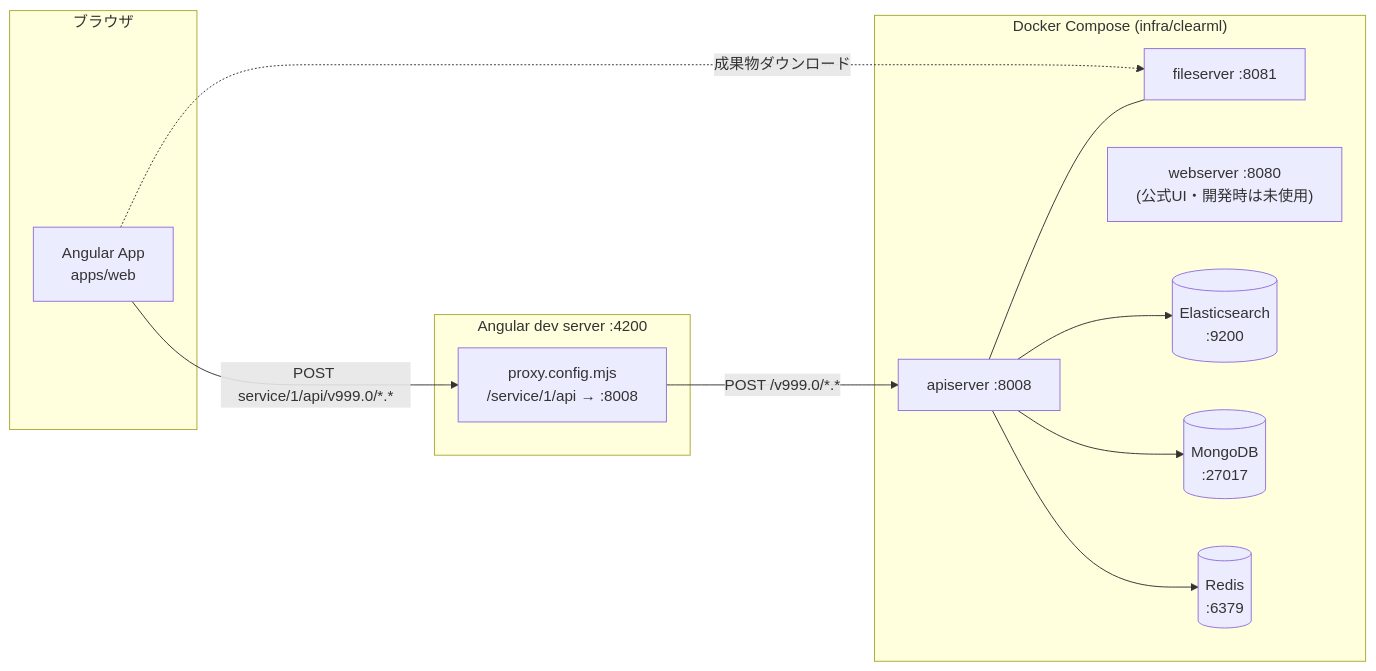
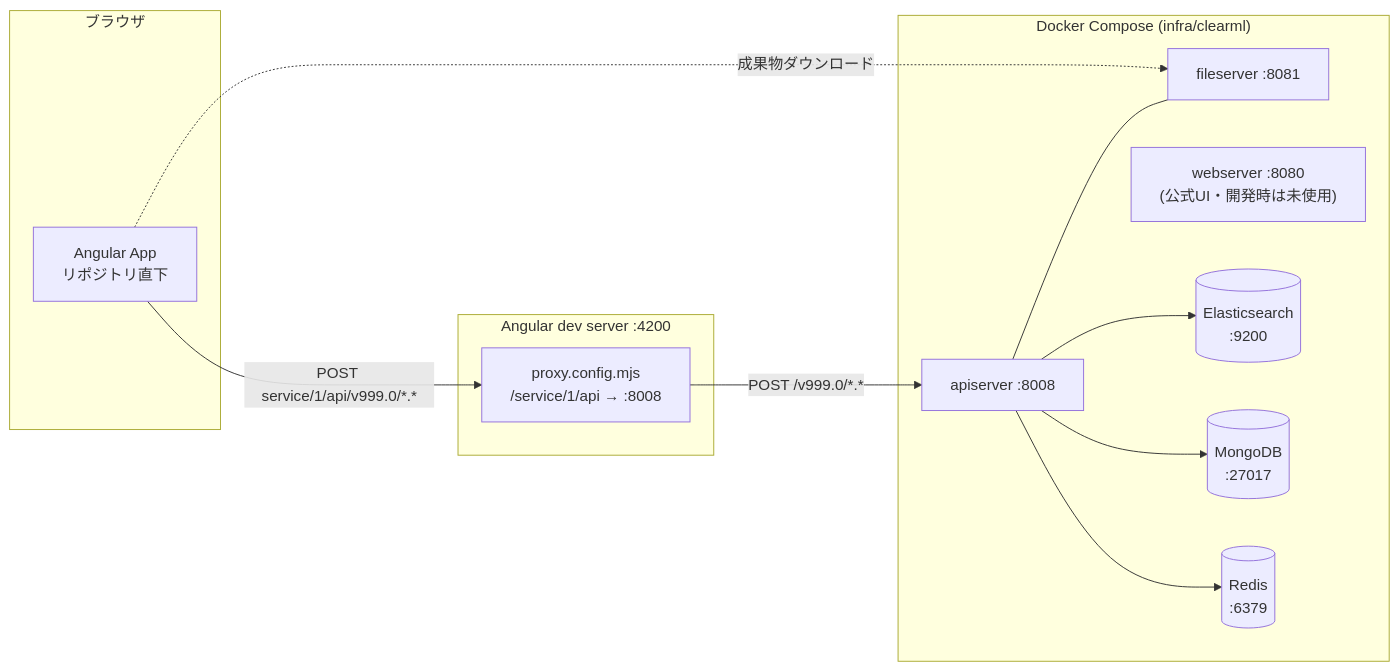
One commit to mergelog/learn-ClearML changed the first of 6 diagrams in x-Docs/02_Angular画面とAPI通信とバックエンドの接続解説.md. Above: the diagram before and after it, drawn with Mermaid. The commit also changed other lines of this file and 2674 other files, not shown here.

````diff
--- a/x-Docs/02_Angular画面とAPI通信とバックエンドの接続解説.md
+++ b/x-Docs/02_Angular画面とAPI通信とバックエンドの接続解説.md
@@ -22,27 +22,27 @@
 ```mermaid
 graph LR
   subgraph Browser["ブラウザ"]
-    NG["Angular App<br/>apps/web"]
+    NG["Angular App<br/>リポジトリ直下"]
   end
 
   subgraph DevServer["Angular dev server :4200"]
     PROXY["proxy.config.mjs<br/>/service/1/api → :8008"]
   end
 
   subgraph Docker["Docker Compose (infra/clearml)"]
     API["apiserver :8008"]
     FILES["fileserver :8081"]
     WEB["webserver :8080<br/>(公式UI・開発時は未使用)"]
     ES[("Elasticsearch<br/>:9200")]
     MONGO[("MongoDB<br/>:27017")]
     REDIS[("Redis<br/>:6379")]
   end
 
   NG -->|"POST service/1/api/v999.0/*.* "| PROXY
   PROXY -->|"POST /v999.0/*.*"| API
   NG -.->|"成果物ダウンロード"| FILES
   API --> ES
   API --> MONGO
   API --> REDIS
   API --- FILES
 ```
````
